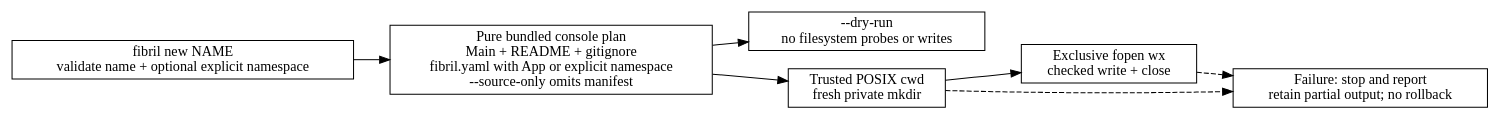
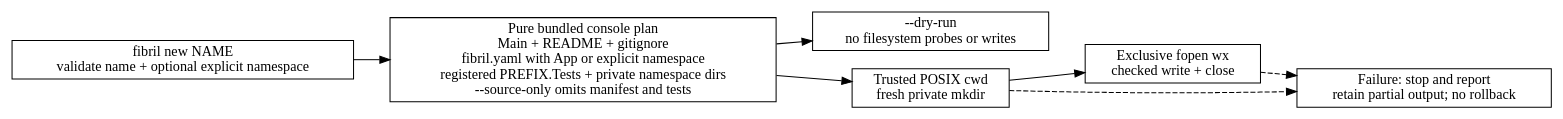
One commit to odunboye/fibril changed the diagram in docs/diagrams/project-creation.dot. Above: the diagram before and after it, drawn with Graphviz. The commit also changed 7 other files, not shown here.

```diff
--- a/docs/diagrams/project-creation.dot
+++ b/docs/diagrams/project-creation.dot
@@ -1,15 +1,15 @@
 digraph ProjectCreation {
   rankdir=LR;
   node [shape=box];
   cli [label="fibril new NAME\nvalidate name + optional explicit namespace"];
-  plan [label="Pure bundled console plan\nMain + README + gitignore\nfibril.yaml with App or explicit namespace\n--source-only omits manifest"];
+  plan [label="Pure bundled console plan\nMain + README + gitignore\nfibril.yaml with App or explicit namespace\nregistered PREFIX.Tests + private namespace dirs\n--source-only omits manifest and tests"];
   preview [label="--dry-run\nno filesystem probes or writes"];
   admit [label="Trusted POSIX cwd\nfresh private mkdir"];
   files [label="Exclusive fopen wx\nchecked write + close"];
   error [label="Failure: stop and report\nretain partial output; no rollback"];
   cli -> plan;
   plan -> preview;
   plan -> admit -> files;
   admit -> error [style=dashed];
   files -> error [style=dashed];
 }
```
